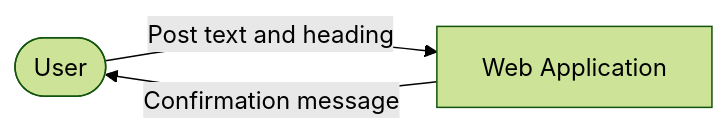
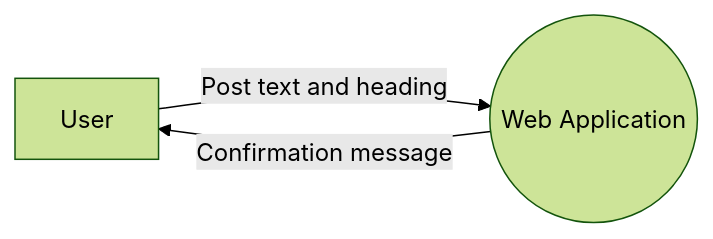
One commit to mrmatho/10dt-slides changed the second of 2 diagrams in pages/30_designing_a_web_app.md. Above: the diagram before and after it, drawn with Mermaid (forest theme). The commit also changed other lines of this file and 33 other files, not shown here.

````diff
--- a/pages/30_designing_a_web_app.md
+++ b/pages/30_designing_a_web_app.md
@@ -31,5 +32,5 @@
 ```mermaid
 flowchart LR
-    U([User]) -- "Post text and heading" --> A[Web Application]
+    U[User] -- "Post text and heading" --> A((Web Application))
     A -- "Confirmation message" --> U
 ```
````
